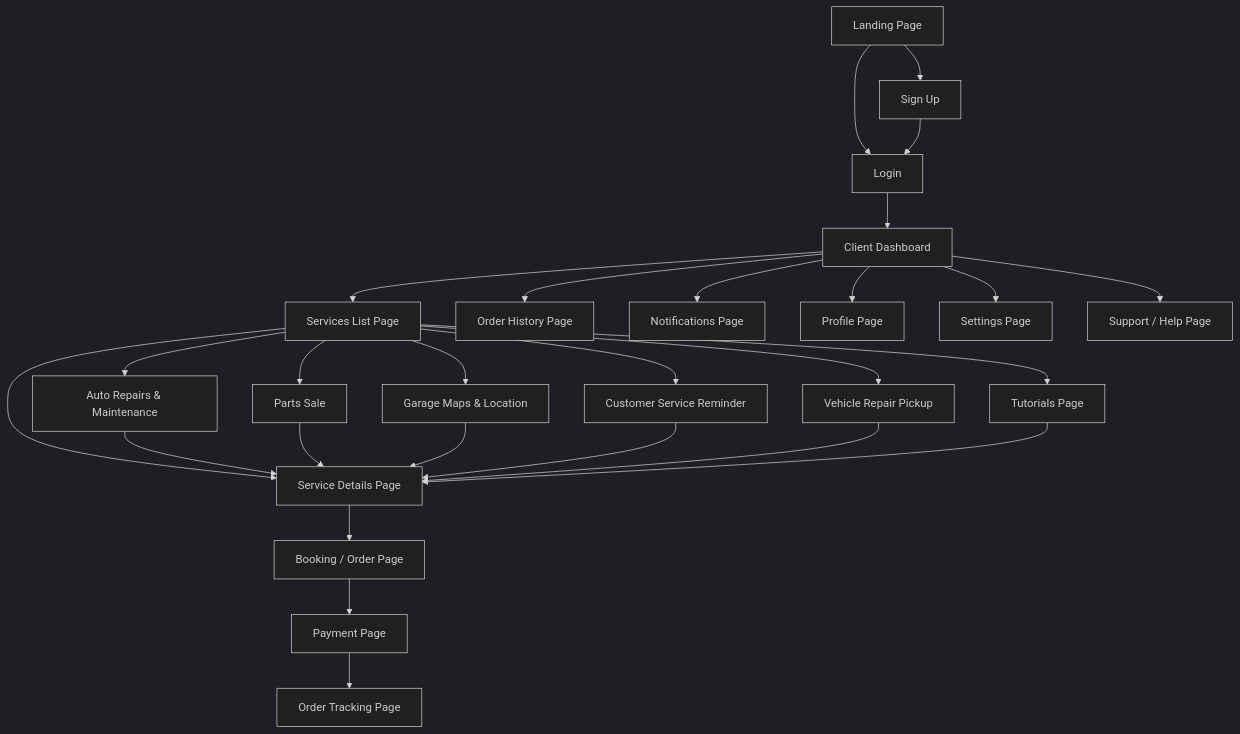
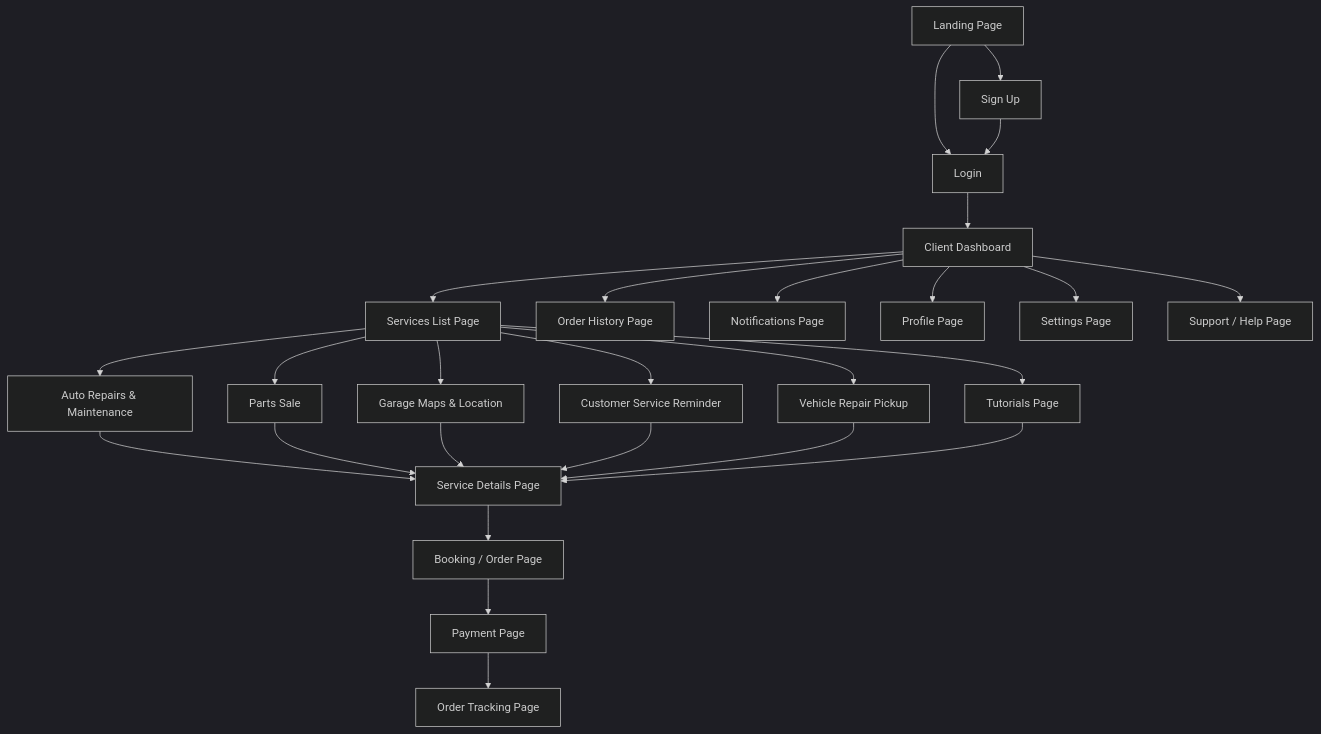
The diagram in README.md (Hnn3y/Royal_Gem-Client), drawn with Mermaid (dark theme) before and after one commit.

Commit message:
fix: List reroute

````diff
--- a/README.md
+++ b/README.md
@@ -3,58 +3,57 @@
 ```mermaid
 flowchart TD
 
     A[Landing Page]
     B[Sign Up]
     C[Login]
     D[Client Dashboard]
     E[Services List Page]
     F[Service Details Page]
     G[Booking / Order Page]
     H[Payment Page]
     I[Order Tracking Page]
     J[Order History Page]
     K[Notifications Page]
     L[Profile Page]
     M[Settings Page]
     N[Support / Help Page]
 
     %% Service Categories
     S1[Auto Repairs & Maintenance]
     S2[Parts Sale]
     S3[Garage Maps & Location]
     S4[Customer Service Reminder]
     S5[Vehicle Repair Pickup]
     S6[Tutorials Page]
 
     %% Main Flow
     A --> B
     A --> C
     B --> C
     C --> D
     D --> E
-    E --> F
     F --> G
     G --> H
     H --> I
     D --> J
     D --> K
     D --> L
     D --> M
     D --> N
 
     %% Services Branch
     E --> S1
     E --> S2
     E --> S3
     E --> S4
     E --> S5
     E --> S6
     S1 --> F
     S2 --> F
     S3 --> F
     S4 --> F
     S5 --> F
 
     %% Tutorials Path
     S6 --> F
 ```
````
